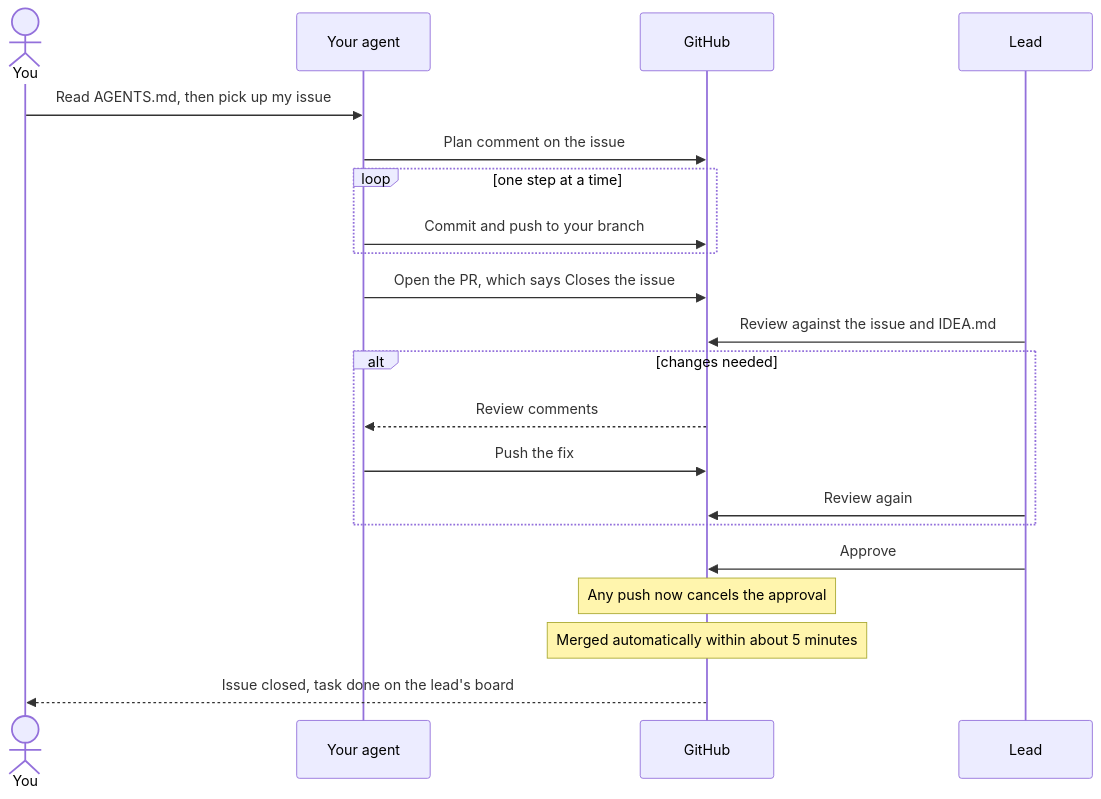
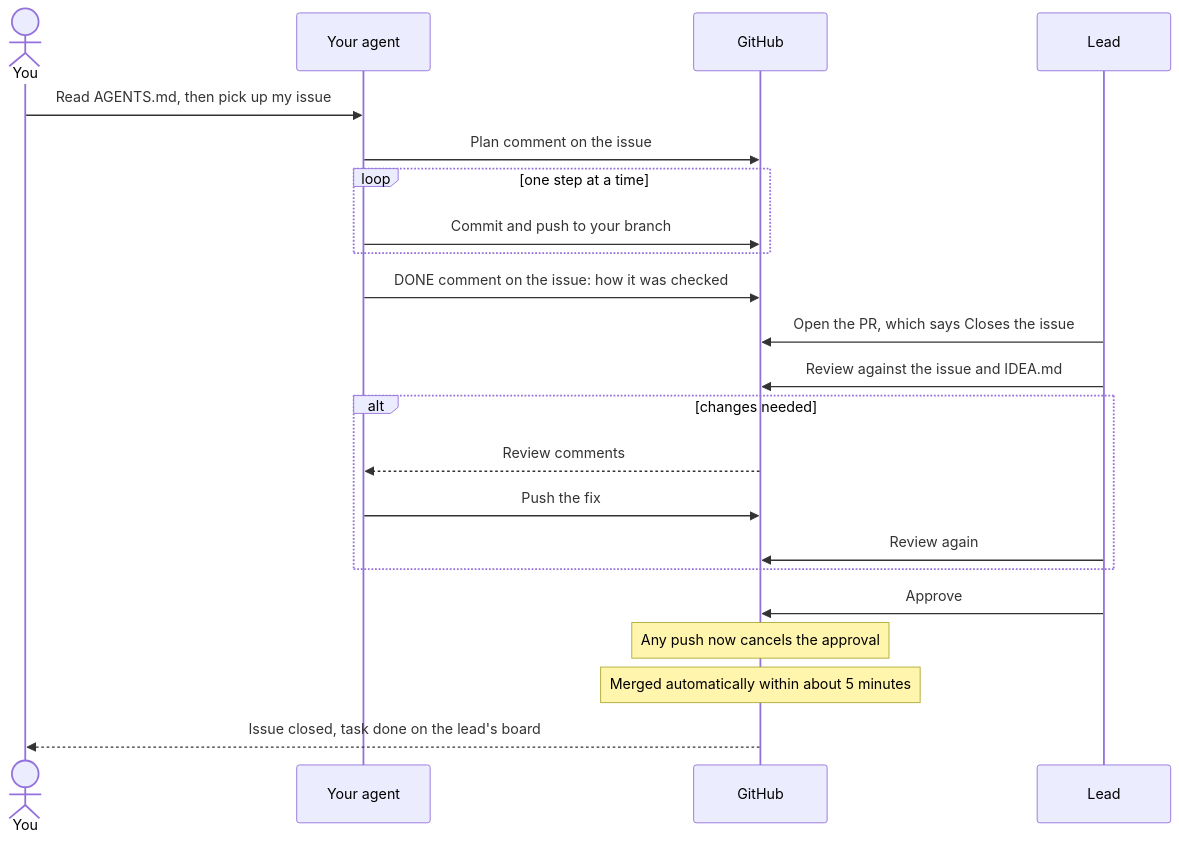
The fifth of 5 diagrams in README.md (atiladeokegab/hackathon_teamwork), drawn with Mermaid before and after one commit. The commit also changed other lines of this file and 4 other files, not shown here.

First line of the commit message:
feat: owners decide their vertical; agents post DONE and the lead opens the PR

````diff
--- a/README.md
+++ b/README.md
@@ -135,23 +135,24 @@
 ```mermaid
 sequenceDiagram
     actor You
     participant Agent as Your agent
     participant GH as GitHub
     participant Lead
     You->>Agent: Read AGENTS.md, then pick up my issue
     Agent->>GH: Plan comment on the issue
     loop one step at a time
         Agent->>GH: Commit and push to your branch
     end
-    Agent->>GH: Open the PR, which says Closes the issue
+    Agent->>GH: DONE comment on the issue: how it was checked
+    Lead->>GH: Open the PR, which says Closes the issue
     Lead->>GH: Review against the issue and IDEA.md
     alt changes needed
         GH-->>Agent: Review comments
         Agent->>GH: Push the fix
         Lead->>GH: Review again
     end
     Lead->>GH: Approve
     Note over GH: Any push now cancels the approval
     Note over GH: Merged automatically within about 5 minutes
     GH-->>You: Issue closed, task done on the lead's board
 ```
````
